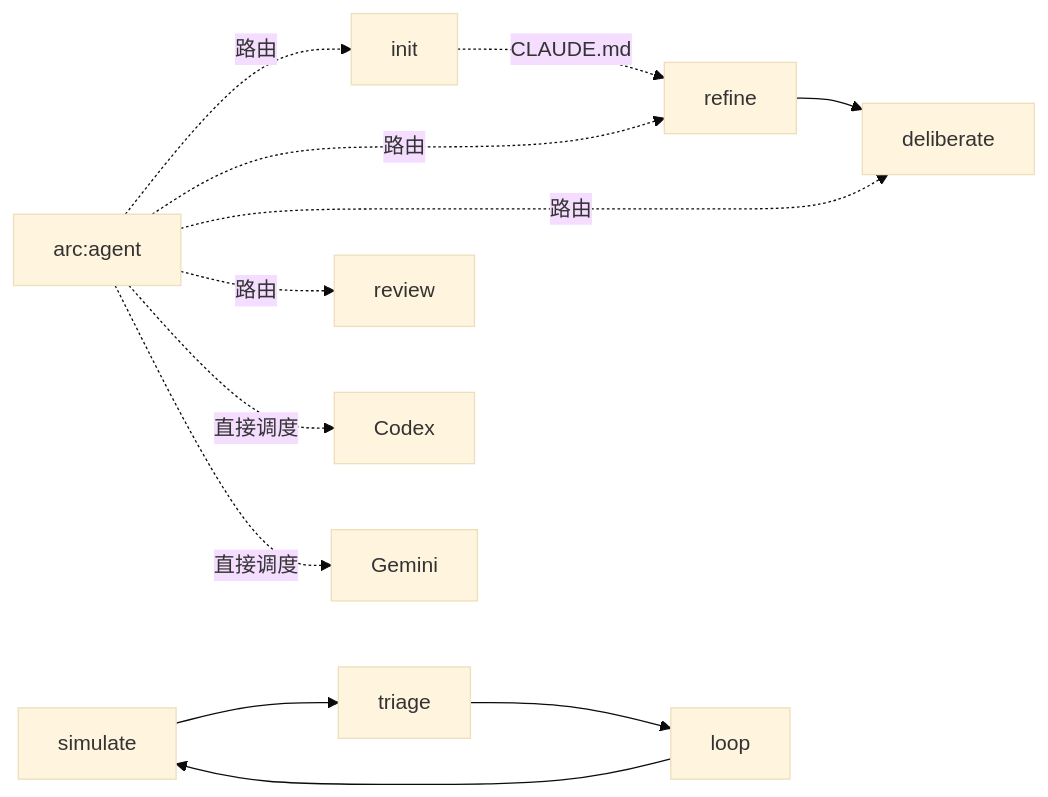
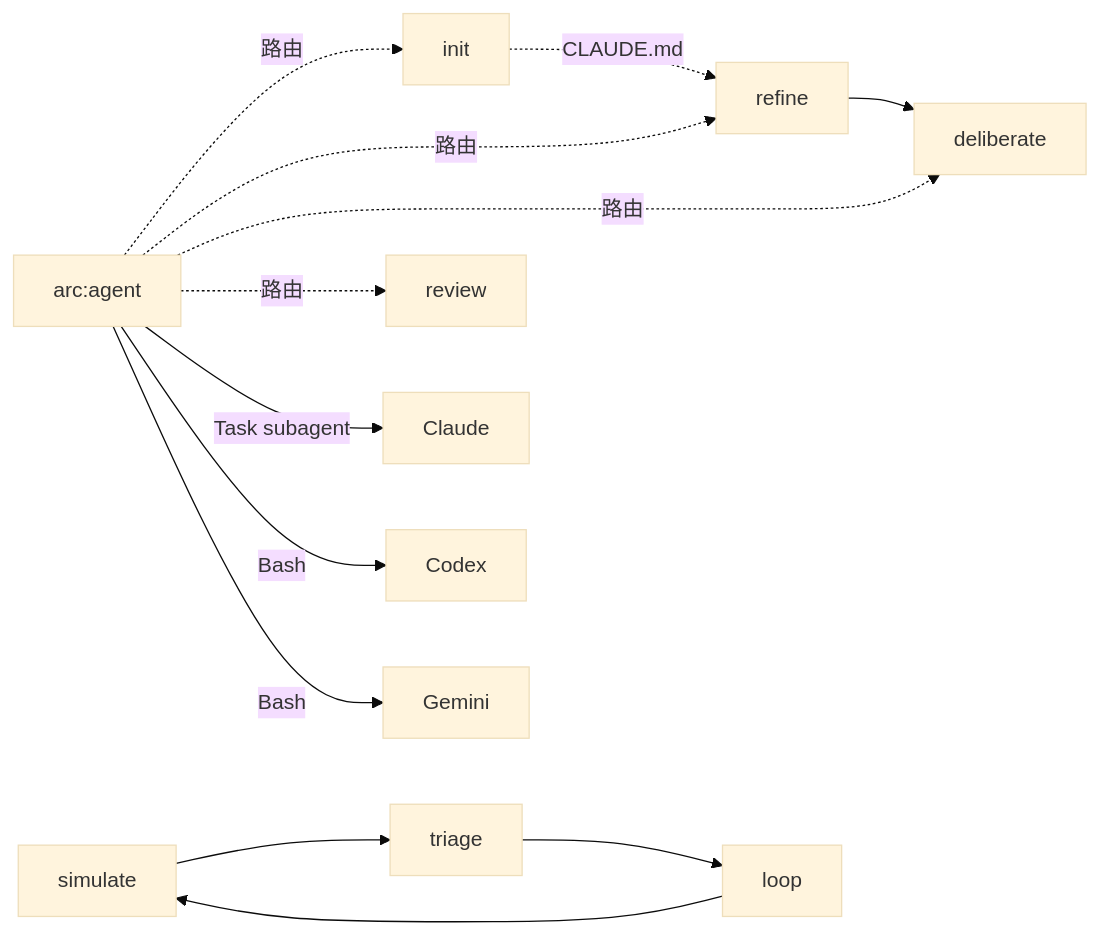
The second of 2 diagrams in README.md (iwen-conf/Skills), drawn with Mermaid (base theme) before and after one commit. The commit also changed other lines of this file, not shown here.

First line of the commit message:
fix: 修复架构图模型调用方式标注，修正乱码字符

````diff
--- a/README.md
+++ b/README.md
@@ -60,13 +66,14 @@
 ```mermaid
 graph LR
     agent["arc:agent"] -.->|"路由"| init
     agent -.->|"路由"| refine
     agent -.->|"路由"| deliberate
     agent -.->|"路由"| review
-    agent -.->|"直接调度"| codex["Codex"]
-    agent -.->|"直接调度"| gemini["Gemini"]
+    agent -->|"Task subagent"| claude["Claude"]
+    agent -->|"Bash"| codex["Codex"]
+    agent -->|"Bash"| gemini["Gemini"]
 
     init -.->|"CLAUDE.md"| refine
     refine --> deliberate
     simulate --> triage --> loop --> simulate
 ```
````
